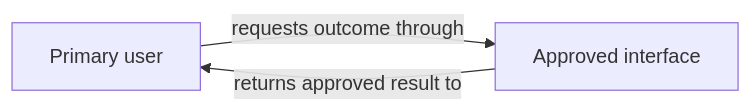
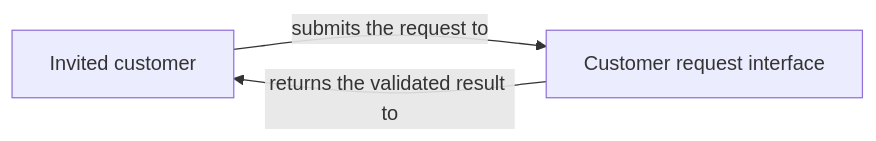
The third of 4 diagrams in .agents/skills/fastlane/references/diagram-patterns.md (Levi-Breedlove/codex-aws-aidlc), drawn with Mermaid before and after one commit. The commit also changed other lines of this file and 42 other files, not shown here.

First line of the commit message:
feat: qualify human architecture diagrams for Fastlane 1.2.35 (#104)

````diff
--- a/.agents/skills/fastlane/references/diagram-patterns.md
+++ b/.agents/skills/fastlane/references/diagram-patterns.md
@@ -25,7 +141,9 @@
 ```mermaid
 flowchart LR
-    ACT-000["Primary user"]
-    API-000["Approved interface"]
-    ACT-000 -->|requests outcome through| API-000
-    API-000 -->|returns approved result to| ACT-000
+    accTitle: First useful customer outcome
+    accDescr: The invited customer submits one request and receives the validated result through the application interface.
+    ACT-000["Invited customer"]
+    API-000["Customer request interface"]
+    ACT-000 -->|submits the request to| API-000
+    API-000 -->|returns the validated result to| ACT-000
 ```
````
